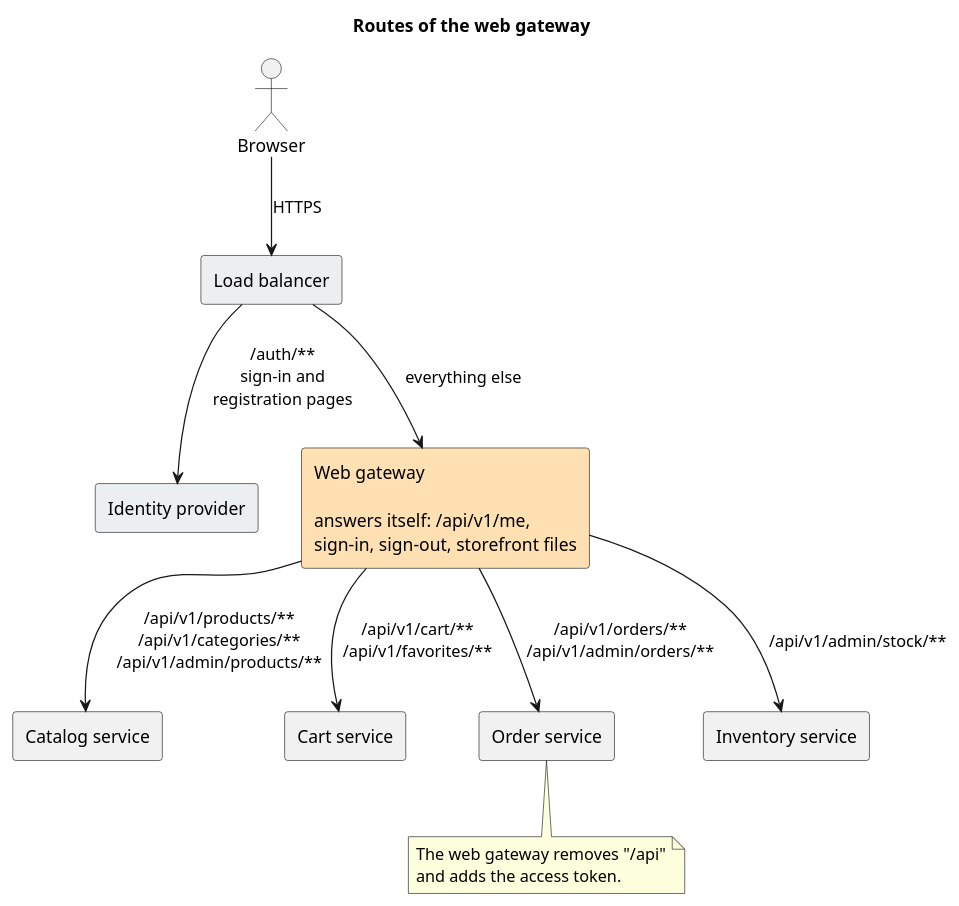
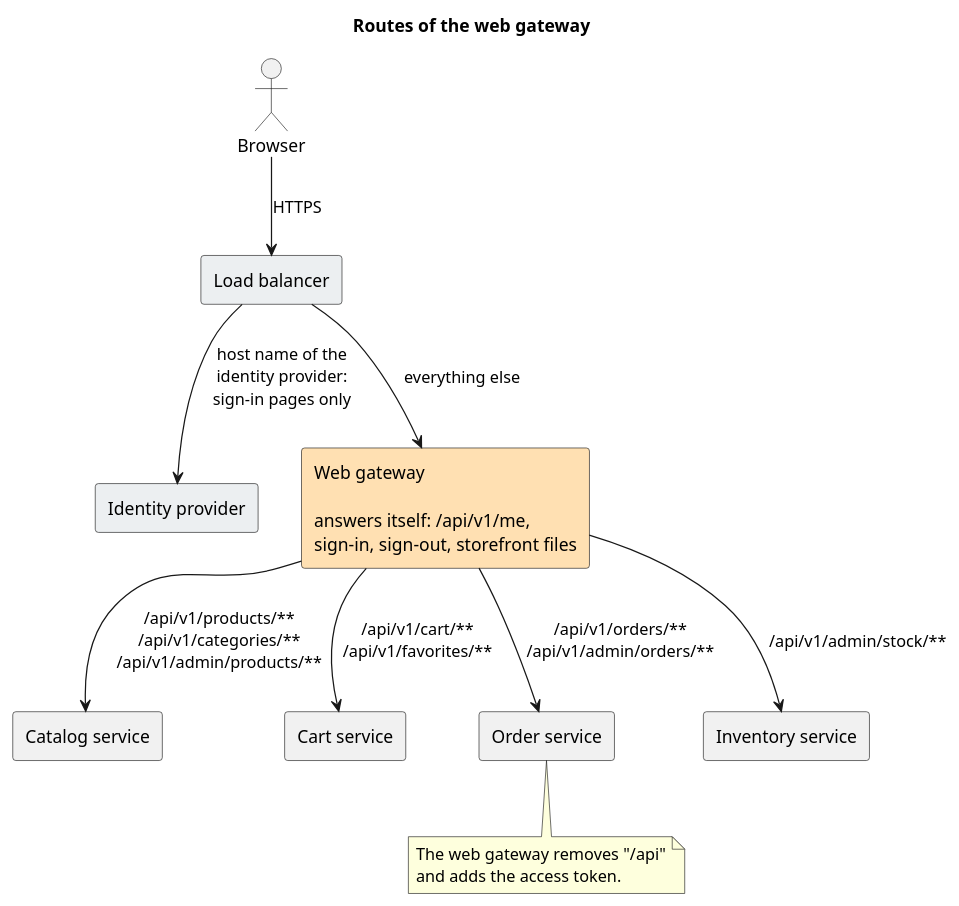
The diagram in doc/2-spec/04-architecture/diagrams/api-routing.puml (AxeloLabs/alten-commerce-platform), drawn with PlantUML before and after one commit. The commit also changed 13 other files, not shown here.

```diff
--- a/doc/2-spec/04-architecture/diagrams/api-routing.puml
+++ b/doc/2-spec/04-architecture/diagrams/api-routing.puml
@@ -1,27 +1,27 @@
 @startuml
 title Routes of the web gateway
 
 skinparam componentStyle rectangle
 
 actor "Browser" as B
 component "Load balancer" as LB #ECEFF1
 component "Identity provider" as KC #ECEFF1
 component "Web gateway\n\nanswers itself: /api/v1/me,\nsign-in, sign-out, storefront files" as GW #FFE0B2
 component "Catalog service" as CAT
 component "Cart service" as CART
 component "Order service" as ORD
 component "Inventory service" as INV
 
 B --> LB : HTTPS
-LB --> KC : /auth/**\nsign-in and\nregistration pages
+LB --> KC : host name of the\nidentity provider:\nsign-in pages only
 LB --> GW : everything else
 GW --> CAT : /api/v1/products/**\n/api/v1/categories/**\n/api/v1/admin/products/**
 GW --> CART : /api/v1/cart/**\n/api/v1/favorites/**
 GW --> ORD : /api/v1/orders/**\n/api/v1/admin/orders/**
 GW --> INV : /api/v1/admin/stock/**
 
 note bottom of ORD
   The web gateway removes "/api"
   and adds the access token.
 end note
 @enduml
```
